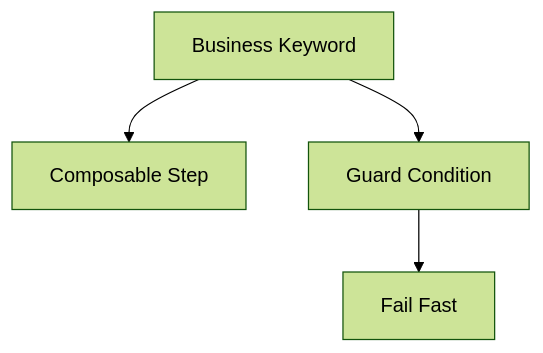
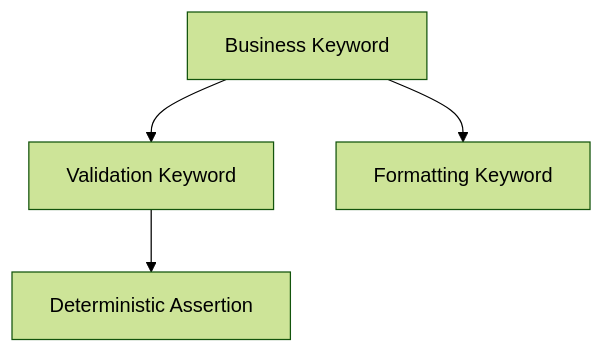
One commit to arvind3/RobotFrameworkBookWithIDE changed the diagram in docs/05-advanced-keywords.mdx. Above: the diagram before and after it, drawn with Mermaid (forest theme). The commit also changed other lines of this file and 18 other files, not shown here.

````diff
--- a/docs/05-advanced-keywords.mdx
+++ b/docs/05-advanced-keywords.mdx
@@ -13,6 +27,6 @@
 ```mermaid
 flowchart TD
-  A[Business Keyword] --> B[Composable Step]
-  A --> C[Guard Condition]
-  C --> D[Fail Fast]
+  A[Business Keyword] --> B[Validation Keyword]
+  A --> C[Formatting Keyword]
+  B --> D[Deterministic Assertion]
 ```
````
